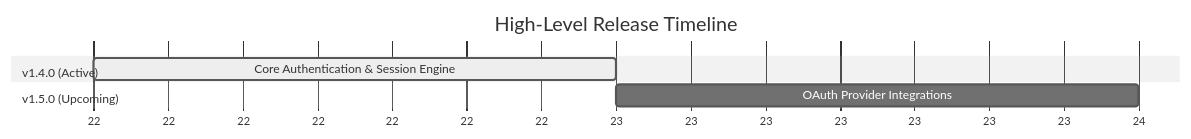
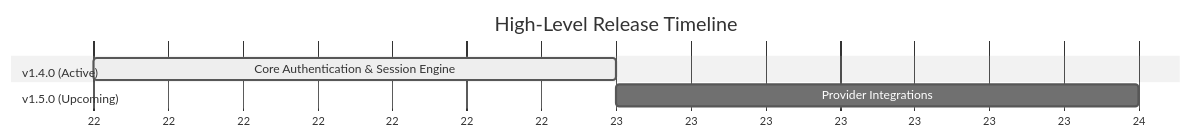
One commit to jjdelorme/plan-commands changed the diagram in agents/product_owner/agent.md. Above: the diagram before and after it, drawn with Mermaid (neutral theme). The commit also changed other lines of this file and 4 other files, not shown here.

````diff
--- a/agents/product_owner/agent.md
+++ b/agents/product_owner/agent.md
@@ -139,12 +138,12 @@
 ```mermaid
 gantt
     title High-Level Release Timeline
     dateFormat  YYYY-MM-DD
     axisFormat  %W
 
     section v1.4.0 (Active)
     Core Authentication & Session Engine  :active, rel1, 2026-06-01, 7d
 
     section v1.5.0 (Upcoming)
-    OAuth Provider Integrations           :rel2, after rel1, 7d
+    Provider Integrations                 :rel2, after rel1, 7d
 ```
````
